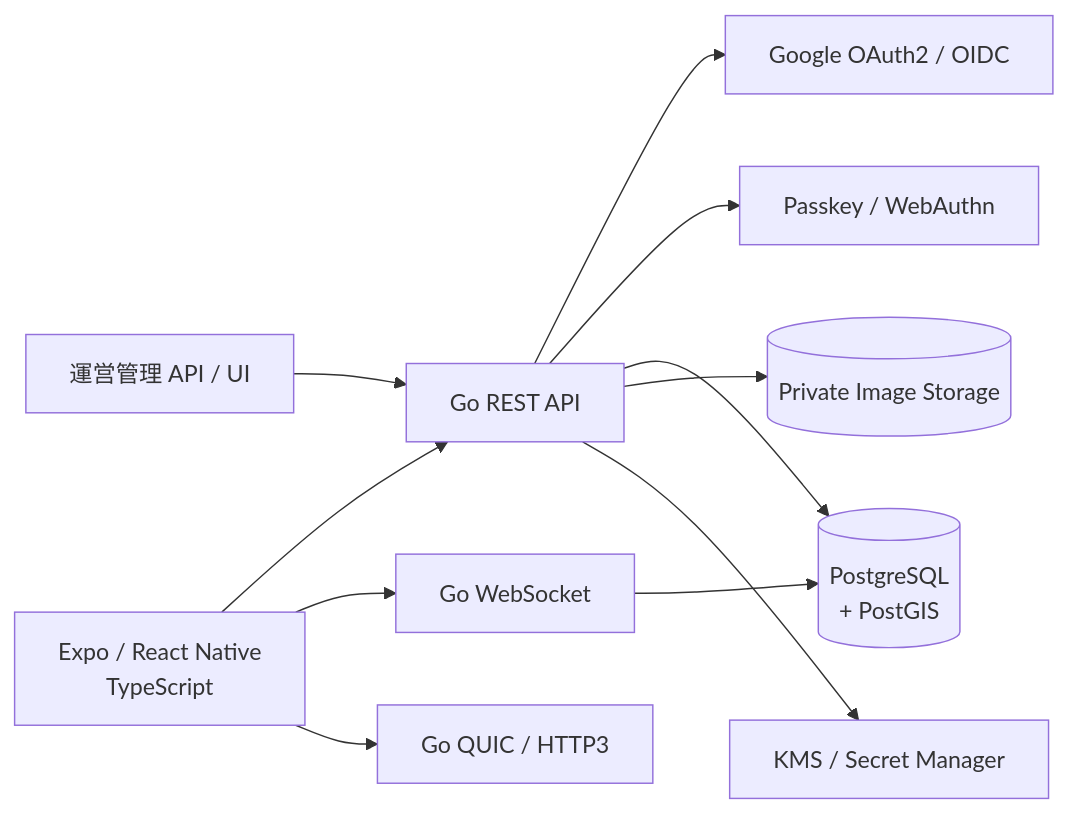
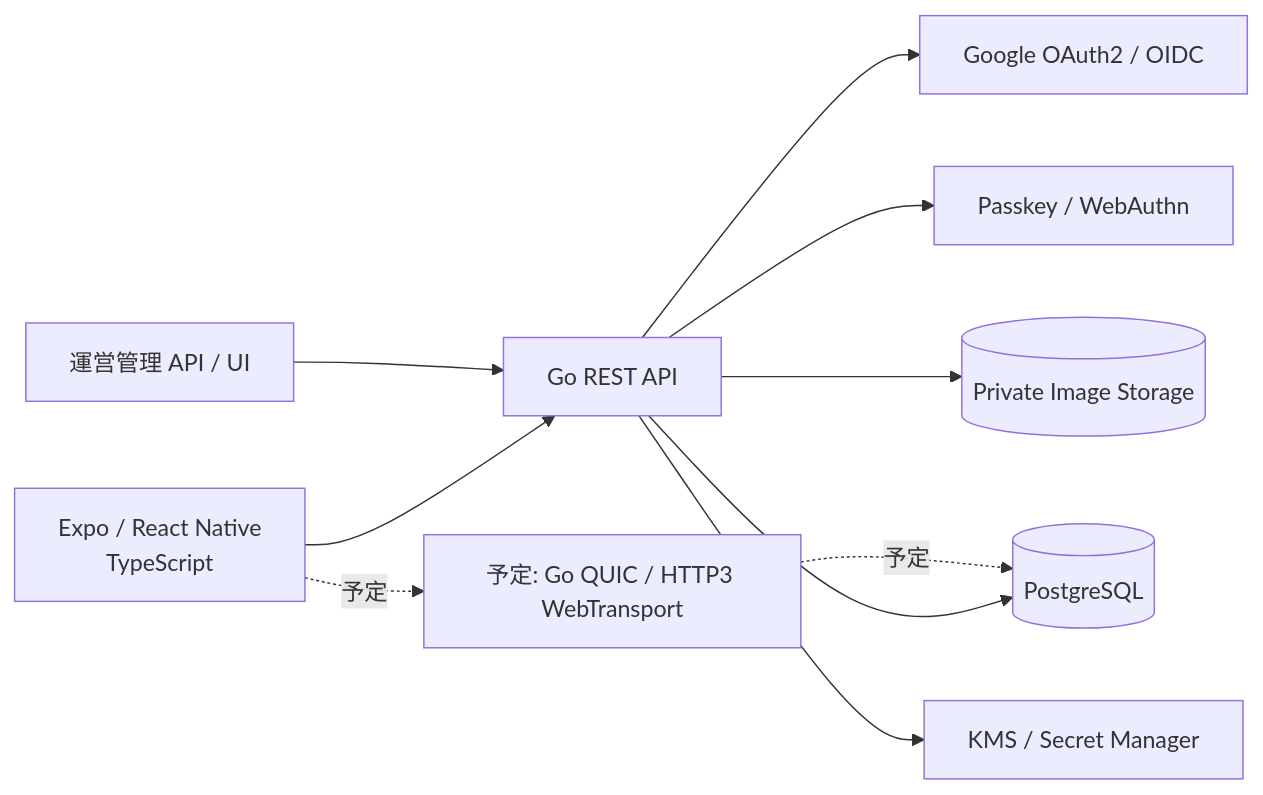
The first of 3 diagrams in docs/architecture.md (Tornado2026-team-j/Samurai-meet), drawn with Mermaid before and after one commit. The commit also changed other lines of this file and 7 other files, not shown here.

Commit message:
docs: define QUIC chat transport and retry policy

````diff
--- a/docs/architecture.md
+++ b/docs/architecture.md
@@ -5,24 +7,22 @@
 ```mermaid
 flowchart LR
     App[Expo / React Native<br/>TypeScript]
     API[Go REST API]
-    WS[Go WebSocket]
-    QUIC[Go QUIC / HTTP3]
+    QUIC[予定: Go QUIC / HTTP3 WebTransport]
     Auth[Google OAuth2 / OIDC]
     Passkey[Passkey / WebAuthn]
-    DB[(PostgreSQL<br/>+ PostGIS)]
+    DB[(PostgreSQL)]
     Storage[(Private Image Storage)]
     KMS[KMS / Secret Manager]
     Admin[運営管理 API / UI]
 
     App --> API
-    App --> WS
-    App --> QUIC
+    App -. 予定 .-> QUIC
     API --> Auth
     API --> Passkey
     API --> DB
     API --> Storage
     API --> KMS
-    WS --> DB
+    QUIC -. 予定 .-> DB
     Admin --> API
 ```
````
